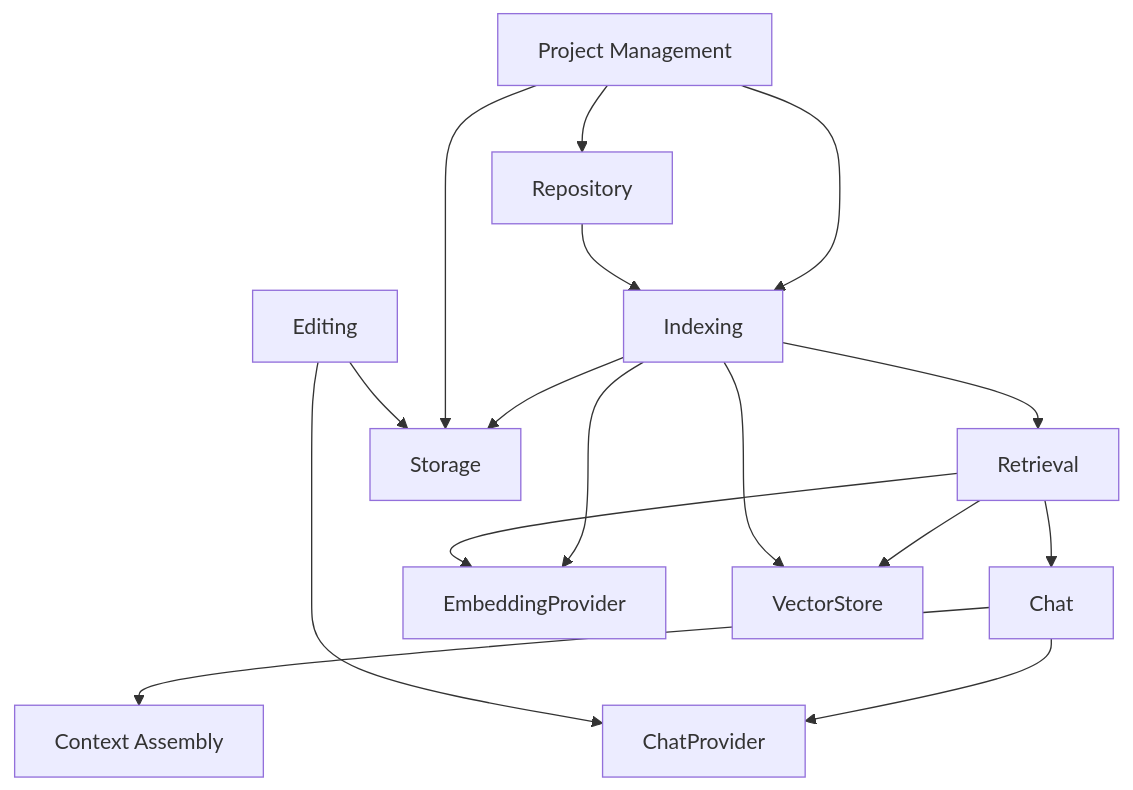
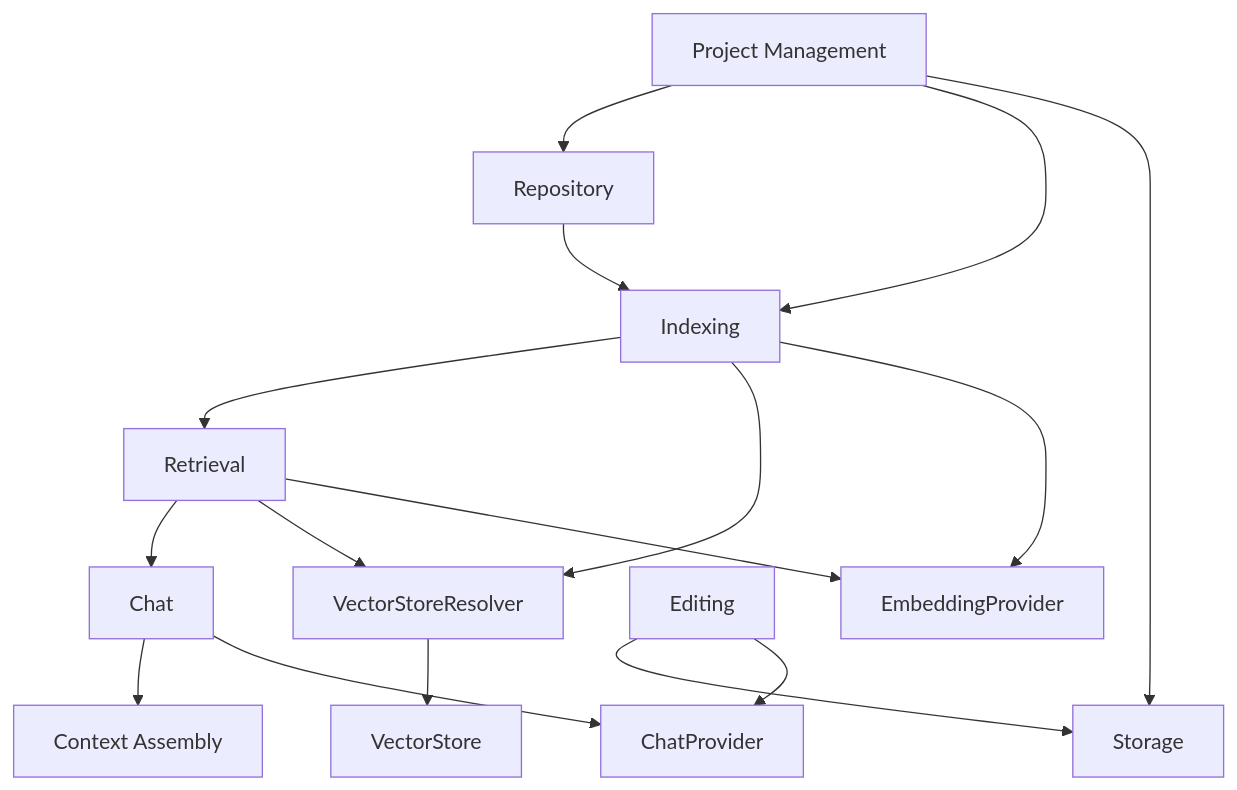
Before and after one commit to Smit-whitespace/repository-intelligence-platform: the eighth of 9 diagrams in docs/architecture/diagrams/README.md, drawn with Mermaid. The commit also changed other lines of this file and 75 other files, not shown here.

````diff
--- a/docs/architecture/diagrams/README.md
+++ b/docs/architecture/diagrams/README.md
@@ -151,18 +154,18 @@
 ```mermaid
 graph TD
     PM["Project Management"] --> REPO["Repository"]
     PM --> IDX["Indexing"]
     REPO --> IDX
     IDX --> RET["Retrieval"]
     RET --> CHAT["Chat"]
     CHAT --> CA["Context Assembly"]
     CHAT --> LLM["ChatProvider"]
-    IDX --> STO["Storage"]
-    PM --> STO
+    IDX --> VR["VectorStoreResolver"]
+    RET --> VR
+    VR --> VS["VectorStore"]
+    PM --> STO["Storage"]
     EDIT["Editing"] --> STO
     EDIT --> LLM
     IDX --> EMB["EmbeddingProvider"]
     RET --> EMB
-    RET --> VS["VectorStore"]
-    IDX --> VS
 ```
````
